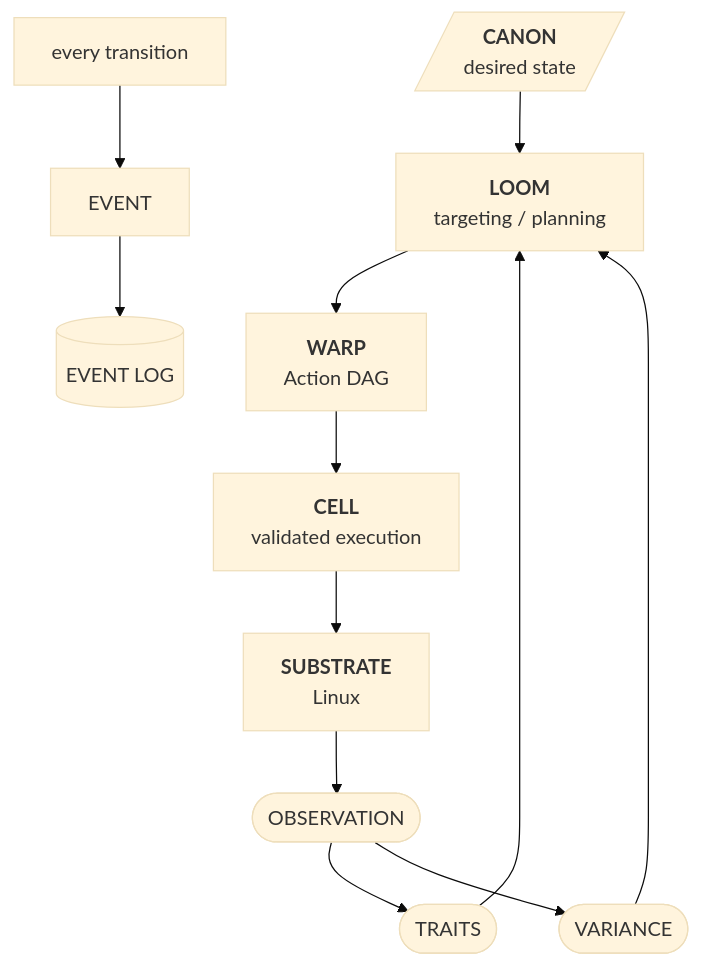
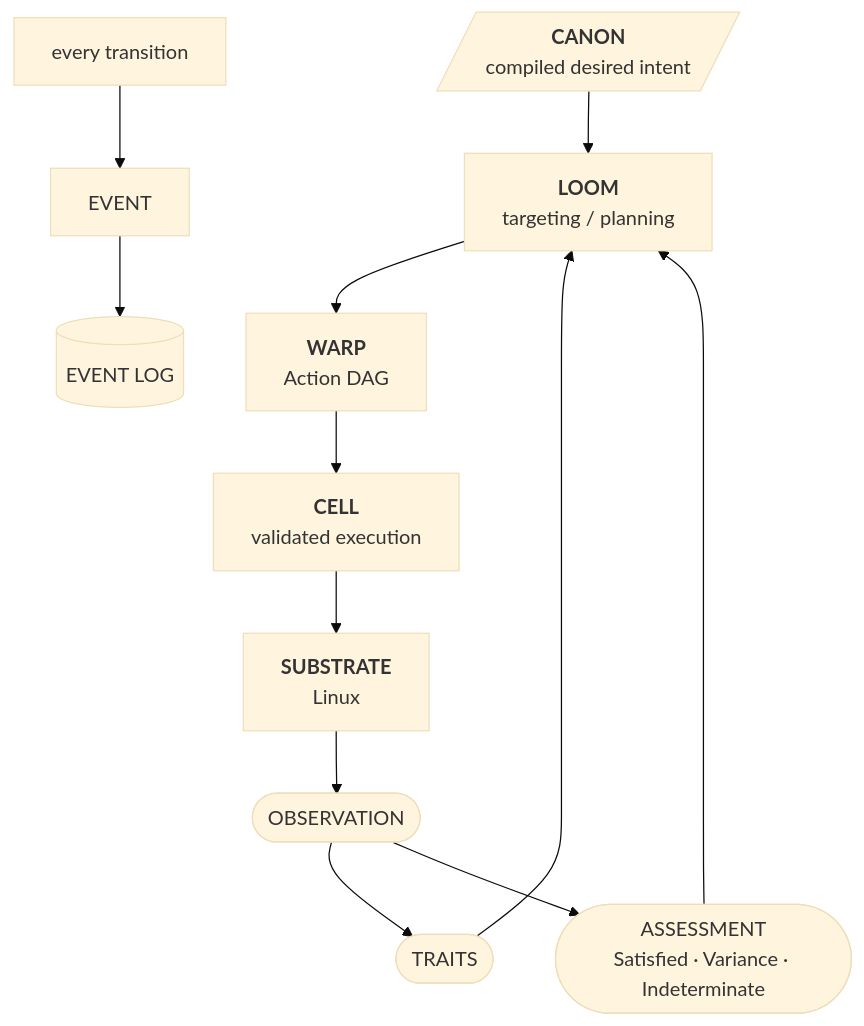
One commit to kmosoti/Nomos changed diagram 19 of 20 in docs/PROJECT-SPEC.md. Above: the diagram before and after it, drawn with Mermaid (base theme). The commit also changed other lines of this file and 17 other files, not shown here.

````diff
--- a/docs/PROJECT-SPEC.md
+++ b/docs/PROJECT-SPEC.md
@@ -949,13 +995,13 @@
 ```mermaid
 flowchart TB
-    CANON[/"<b>CANON</b><br/>desired state"/] --> LOOM["<b>LOOM</b><br/>targeting / planning"]
+    CANON[/"<b>CANON</b><br/>compiled desired intent"/] --> LOOM["<b>LOOM</b><br/>targeting / planning"]
     LOOM --> WARP["<b>WARP</b><br/>Action DAG"]
     WARP --> CELL["<b>CELL</b><br/>validated execution"]
     CELL --> SUB["<b>SUBSTRATE</b><br/>Linux"]
     SUB --> OBS(["OBSERVATION"])
     OBS --> TR(["TRAITS"])
-    OBS --> VAR(["VARIANCE"])
+    OBS --> AS(["ASSESSMENT<br/>Satisfied · Variance · Indeterminate"])
     TR --> LOOM
-    VAR --> LOOM
+    AS --> LOOM
     X["every transition"] --> EV["EVENT"] --> EL[("EVENT LOG")]
 ```
````
